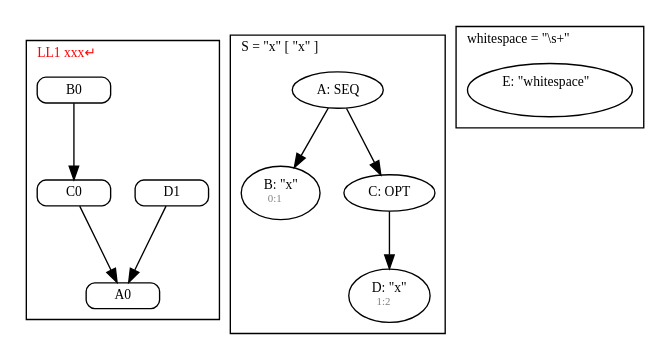
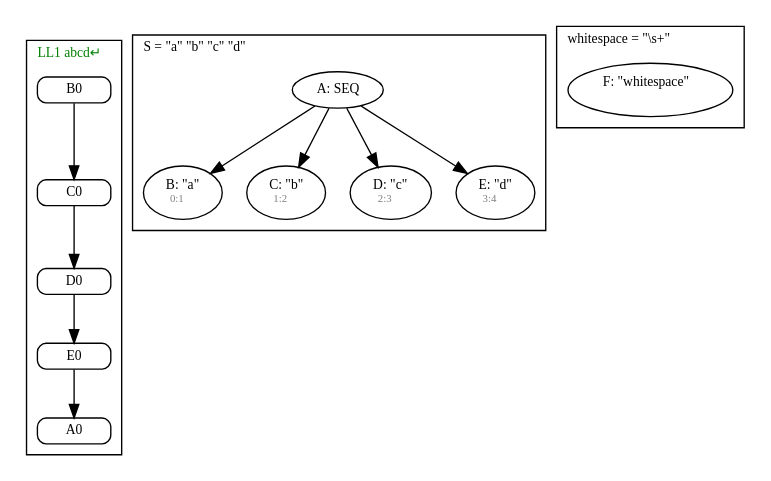
Before and after one commit to JanWillemBrands/AoC2021: the diagram in diagram.gv, drawn with Graphviz. The commit also changed 7 other files, not shown here.

```diff
--- a/diagram.gv
+++ b/diagram.gv
@@ -1,36 +1,39 @@
 digraph G {
   fontname = Menlo
   fontsize = 10
   node [fontname = Menlo, fontsize = 10]
   edge [fontname = Menlo, fontsize = 10]
   graph [ordering = out]
   subgraph GSS {
     cluster = true
-    label = <LL1 xxx↵> fontcolor = red
+    label = <LL1 abcd↵> fontcolor = green
     labeljust = l
     node [shape = box, style = rounded, height = 0]
-    "D1" -> "A0"
-    "C0" -> "A0"
+    "E0" -> "A0"
+    "D0" -> "E0"
+    "C0" -> "D0"
     "B0" -> "C0"
   }
   subgraph S {
     cluster = true
-    label = <S = "x" [ "x" ]>
+    label = <S = "a" "b" "c" "d">
     labeljust = l
     node [shape = ellipse, height = 0]
     A [label = <A: SEQ>]
     A -> B
-    B [label = <B: "x"<br/><font color="gray" point-size="8.0"> 0:1 </font> >]
+    B [label = <B: "a"<br/><font color="gray" point-size="8.0"> 0:1 </font> >]
     A -> C
-    C [label = <C: OPT>]
-    C -> D
-    D [label = <D: "x"<br/><font color="gray" point-size="8.0"> 1:2 </font> >]
+    C [label = <C: "b"<br/><font color="gray" point-size="8.0"> 1:2 </font> >]
+    A -> D
+    D [label = <D: "c"<br/><font color="gray" point-size="8.0"> 2:3 </font> >]
+    A -> E
+    E [label = <E: "d"<br/><font color="gray" point-size="8.0"> 3:4 </font> >]
   }
   subgraph whitespace {
     cluster = true
     label = <whitespace = "\s+">
     labeljust = l
     node [shape = ellipse, height = 0]
-    E [label = <E: "whitespace"<br/><font color="gray" point-size="8.0">  </font> >]
+    F [label = <F: "whitespace"<br/><font color="gray" point-size="8.0">  </font> >]
   }
 }
```
